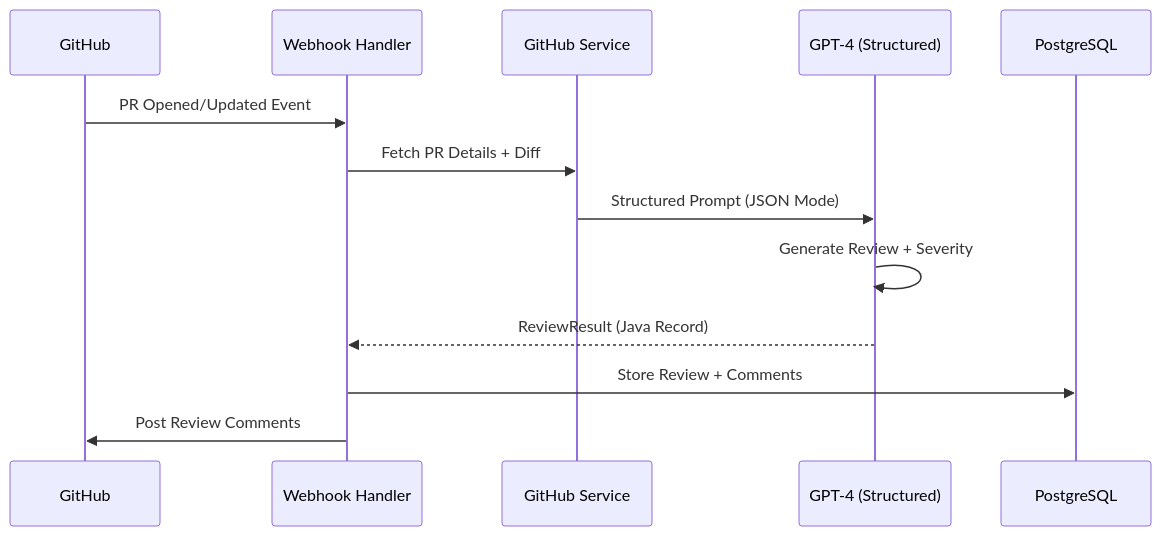
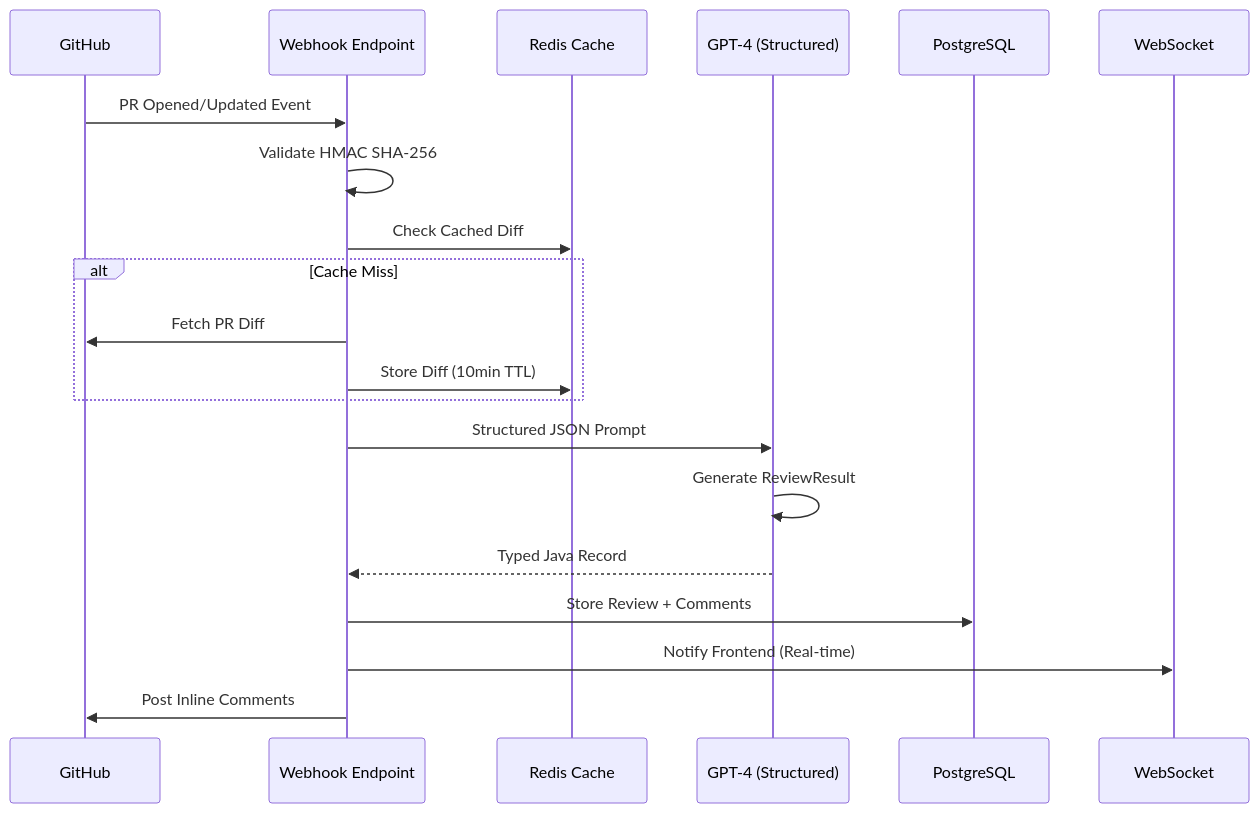
Before and after one commit to Laxman-Katneni/RepoMind: the third of 4 diagrams in RepoMind/README.md, drawn with Mermaid. The commit also changed other lines of this file, not shown here.

````diff
--- a/RepoMind/README.md
+++ b/RepoMind/README.md
@@ -63,16 +330,23 @@
 ```mermaid
 sequenceDiagram
     participant GH as GitHub
-    participant WH as Webhook Handler
-    participant GHC as GitHub Service
+    participant WH as Webhook Endpoint
+    participant Cache as Redis Cache
     participant AI as GPT-4 (Structured)
     participant DB as PostgreSQL
+    participant WS as WebSocket
     
     GH->>WH: PR Opened/Updated Event
-    WH->>GHC: Fetch PR Details + Diff
-    GHC->>AI: Structured Prompt (JSON Mode)
-    AI->>AI: Generate Review + Severity
-    AI-->>WH: ReviewResult (Java Record)
+    WH->>WH: Validate HMAC SHA-256
+    WH->>Cache: Check Cached Diff
+    alt Cache Miss
+        WH->>GH: Fetch PR Diff
+        WH->>Cache: Store Diff (10min TTL)
+    end
+    WH->>AI: Structured JSON Prompt
+    AI->>AI: Generate ReviewResult
+    AI-->>WH: Typed Java Record
     WH->>DB: Store Review + Comments
-    WH->>GH: Post Review Comments
+    WH->>WS: Notify Frontend (Real-time)
+    WH->>GH: Post Inline Comments
 ```
````
